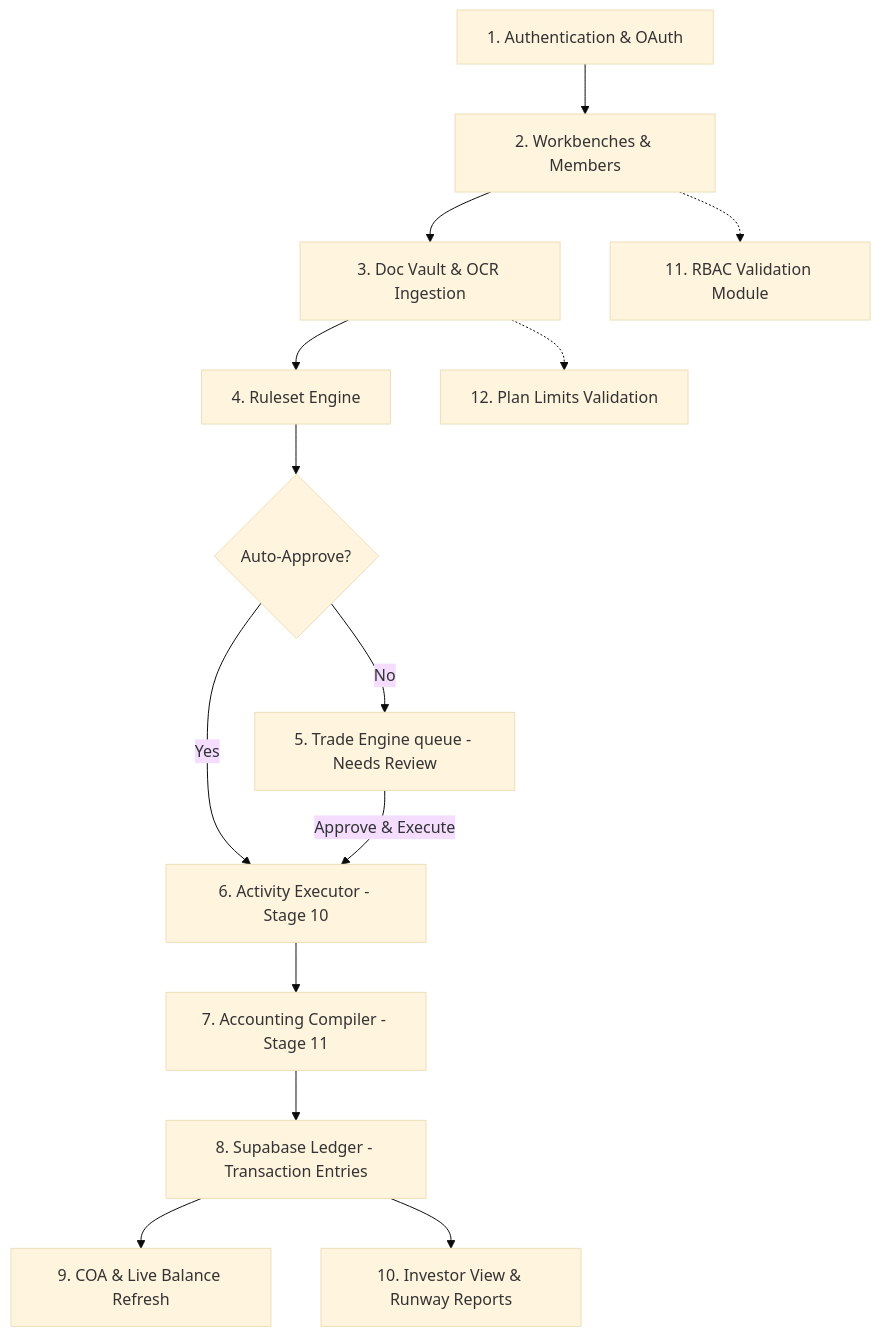
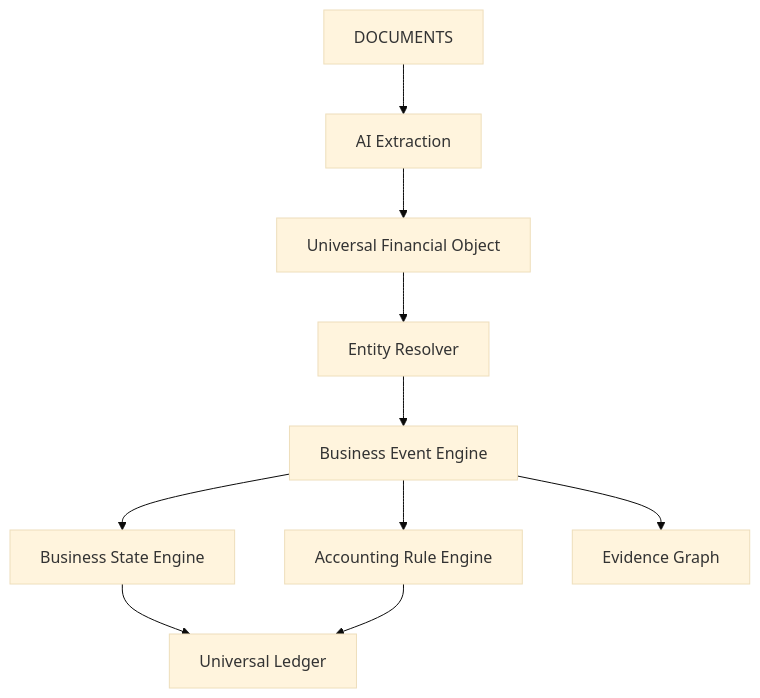
One commit to DSR-pheonix45/Dabby_Final changed the diagram in final_development_scope.md. Above: the diagram before and after it, drawn with Mermaid (base theme). The commit also changed other lines of this file and 4 other files, not shown here.

````diff
--- a/final_development_scope.md
+++ b/final_development_scope.md
@@ -7,16 +10,12 @@
 ```mermaid
-graph TD
-    A[1. Authentication & OAuth] --> B[2. Workbenches & Members]
-    B --> C[3. Doc Vault & OCR Ingestion]
-    C --> D[4. Ruleset Engine]
-    D --> E{Auto-Approve?}
-    E -- No --> F[5. Trade Engine queue - Needs Review]
-    E -- Yes --> G[6. Activity Executor - Stage 10]
-    F -->|Approve & Execute| G
-    G --> H[7. Accounting Compiler - Stage 11]
-    H --> I[8. Supabase Ledger - Transaction Entries]
-    I --> J[9. COA & Live Balance Refresh]
-    I --> K[10. Investor View & Runway Reports]
-    B -.-> L[11. RBAC Validation Module]
-    C -.-> M[12. Plan Limits Validation]
+flowchart TD
+    A[DOCUMENTS] --> B[AI Extraction]
+    B --> C[Universal Financial Object]
+    C --> D[Entity Resolver]
+    D --> E[Business Event Engine]
+    E --> F[Business State Engine]
+    E --> G[Accounting Rule Engine]
+    E --> H[Evidence Graph]
+    F --> I[Universal Ledger]
+    G --> I
 ```
````
